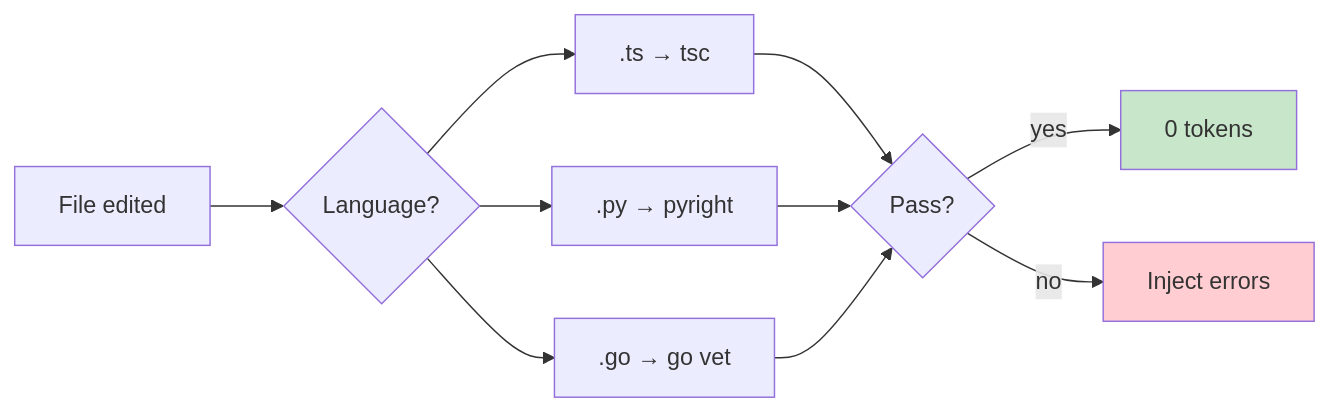
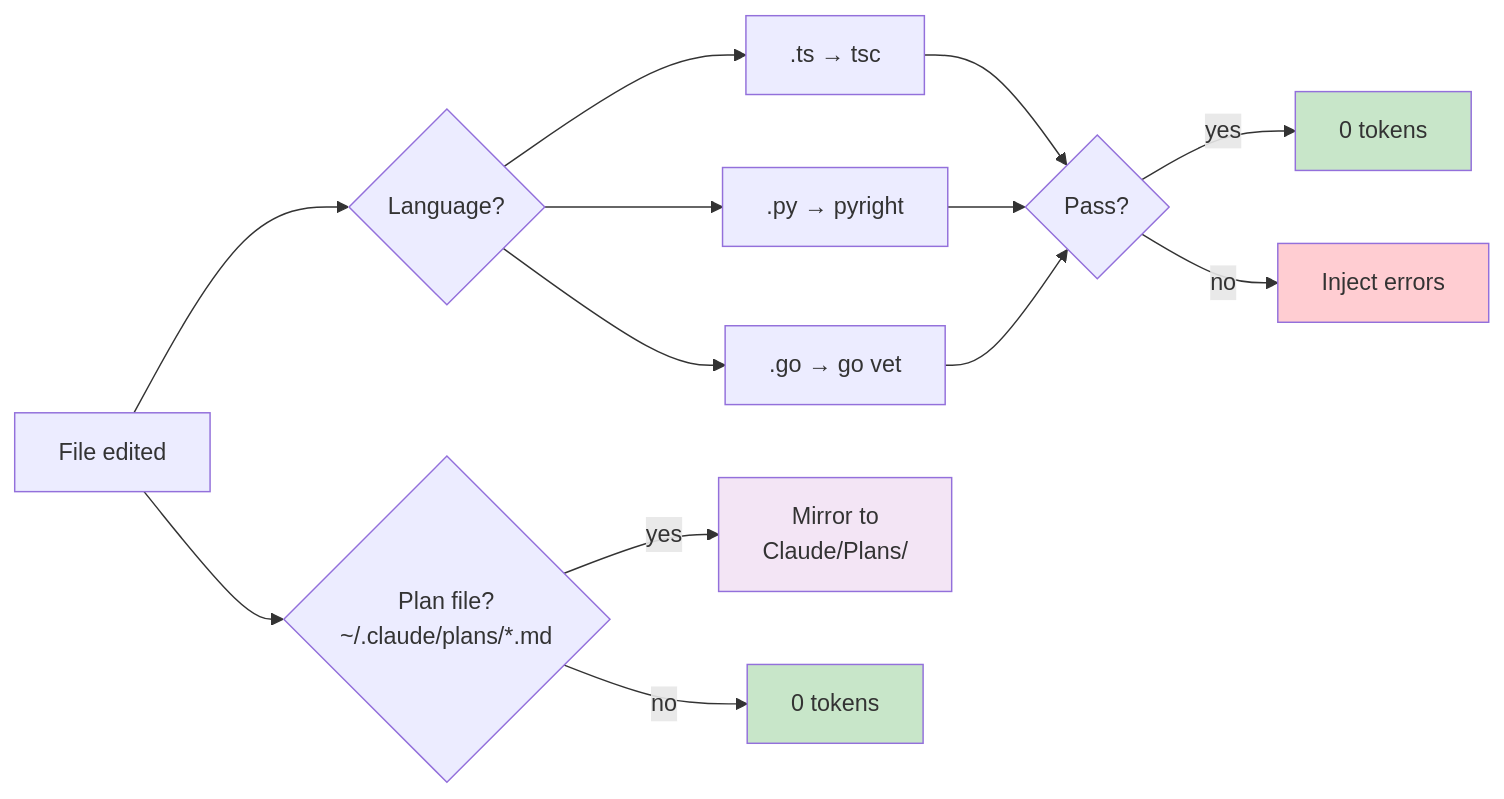
Before and after one commit to SenouLynn/snoodles: the fourth of 4 diagrams in docs/flows.md, drawn with Mermaid. The commit also changed other lines of this file and 2 other files, not shown here.

Commit message:
update flows

````diff
--- a/docs/flows.md
+++ b/docs/flows.md
@@ -50,13 +52,18 @@
 ```mermaid
 flowchart LR
     edit[File edited] --> check{Language?}
+    edit --> plancheck{Plan file?\n~/.claude/plans/*.md}
     check --> ts[".ts → tsc"]
     check --> py[".py → pyright"]
     check --> go[".go → go vet"]
     ts & py & go --> result{Pass?}
     result -->|yes| silent[0 tokens]
     result -->|no| errors[Inject errors]
+    plancheck -->|yes| vault[Mirror to\nClaude/Plans/]
+    plancheck -->|no| skip[0 tokens]
 
     style silent fill:#c8e6c9
     style errors fill:#ffcdd2
+    style vault fill:#f3e5f5
+    style skip fill:#c8e6c9
 ```
````
